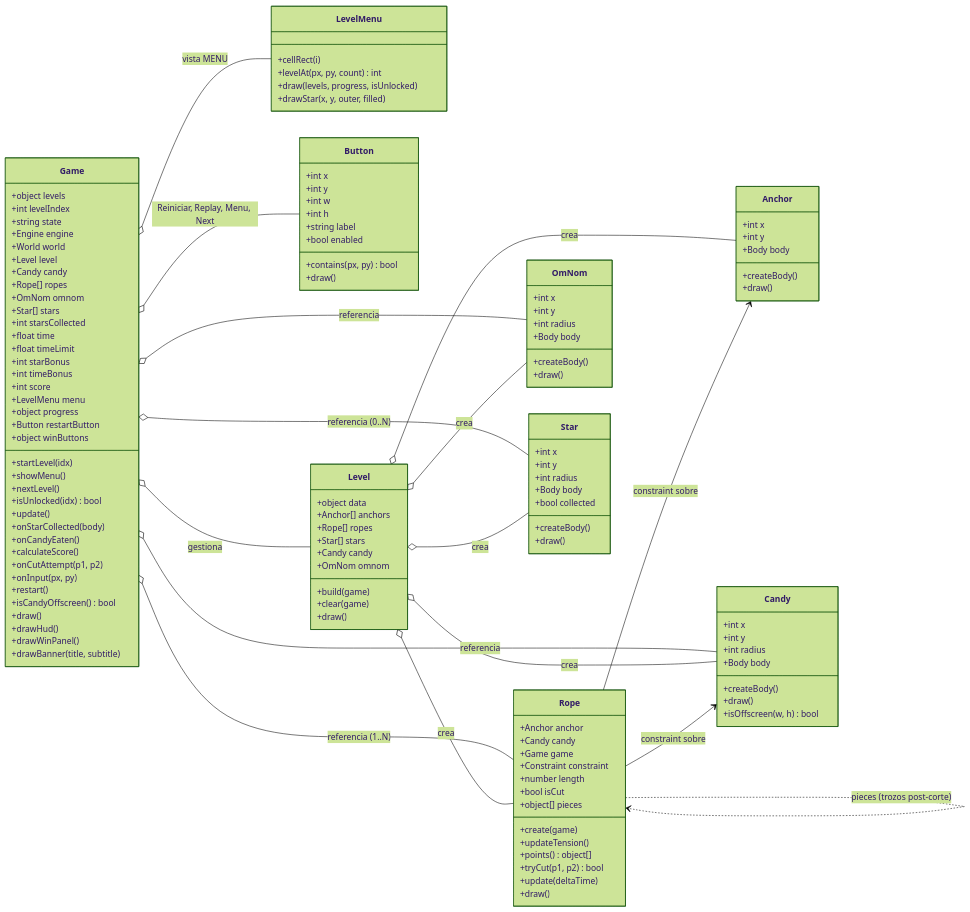
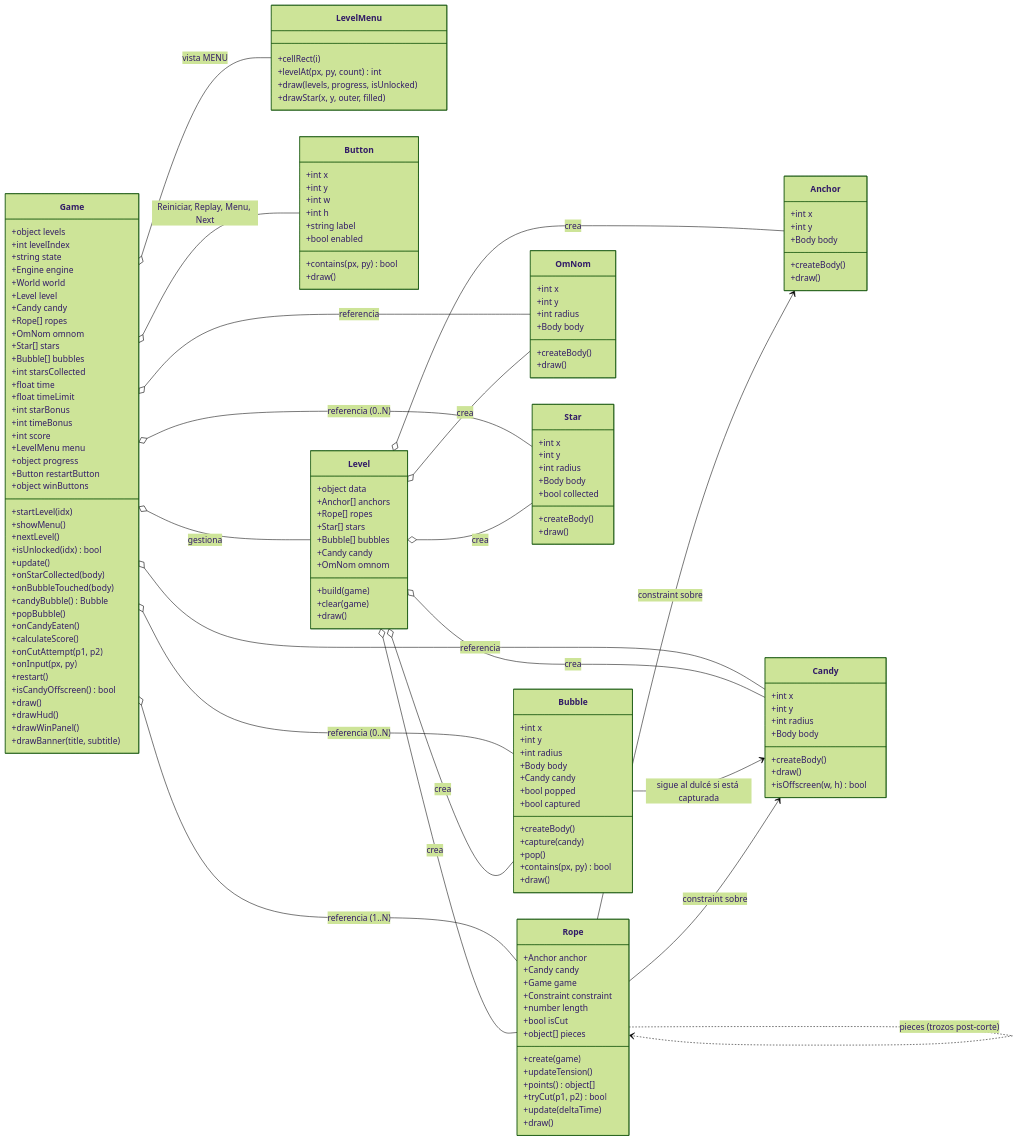
The third of 5 diagrams in docs/arquitectura-mvp.md (ShryhakAkizuki/Cut_The_Rope-Visual_Computing_2026-II), drawn with Mermaid (forest theme) before and after one commit. The commit also changed other lines of this file and 5 other files, not shown here.

```diff
--- a/docs/arquitectura-mvp.md
+++ b/docs/arquitectura-mvp.md
@@ -157,6 +162,7 @@
         +Rope[] ropes
         +OmNom omnom
         +Star[] stars
+        +Bubble[] bubbles
         +int starsCollected
         +float time
         +float timeLimit
@@ -173,6 +179,9 @@
         +isUnlocked(idx) bool
         +update()
         +onStarCollected(body)
+        +onBubbleTouched(body)
+        +candyBubble() Bubble
+        +popBubble()
         +onCandyEaten()
         +calculateScore()
         +onCutAttempt(p1, p2)
@@ -208,6 +217,7 @@
         +Anchor[] anchors
         +Rope[] ropes
         +Star[] stars
+        +Bubble[] bubbles
         +Candy candy
         +OmNom omnom
         +build(game)
@@ -268,11 +278,27 @@
         +draw()
     }
 
+    class Bubble {
+        +int x
+        +int y
+        +int radius
+        +Body body
+        +Candy candy
+        +bool popped
+        +bool captured
+        +createBody()
+        +capture(candy)
+        +pop()
+        +contains(px, py) bool
+        +draw()
+    }
+
     Game o-- Level : gestiona
     Game o-- Candy : referencia
     Game o-- Rope : referencia (1..N)
     Game o-- OmNom : referencia
     Game o-- Star : referencia (0..N)
+    Game o-- Bubble : referencia (0..N)
     Game o-- LevelMenu : vista MENU
     Game o-- Button : Reiniciar, Replay, Menu, Next
     Level o-- Anchor : crea
@@ -280,6 +306,8 @@
     Level o-- Candy : crea
     Level o-- OmNom : crea
     Level o-- Star : crea
+    Level o-- Bubble : crea
+    Bubble --> Candy : sigue al dulcé si está capturada
     Rope --> Anchor : constraint sobre
     Rope --> Candy : constraint sobre
     Rope ..> Rope : pieces (trozos post-corte)
```
